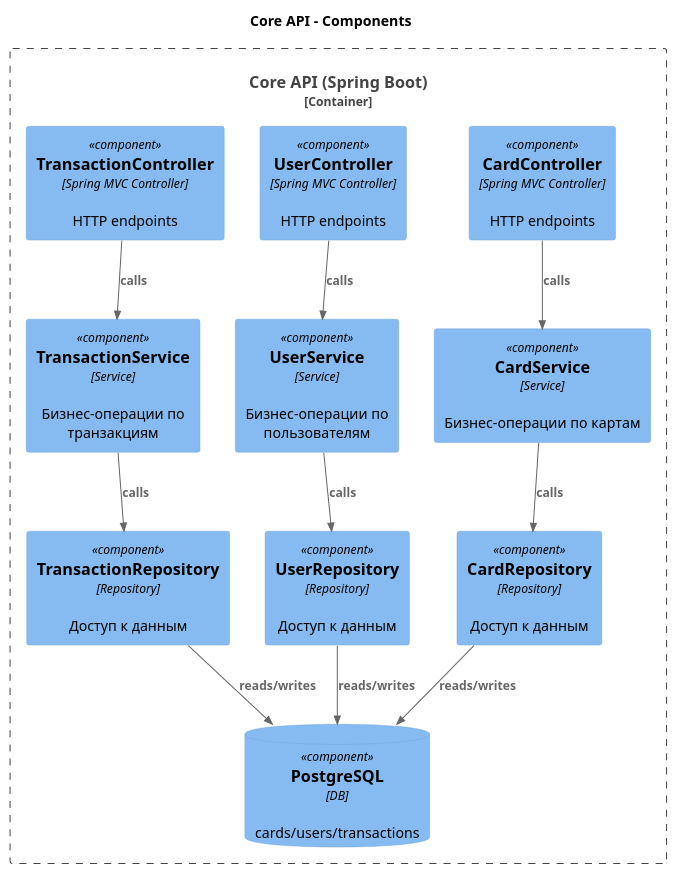
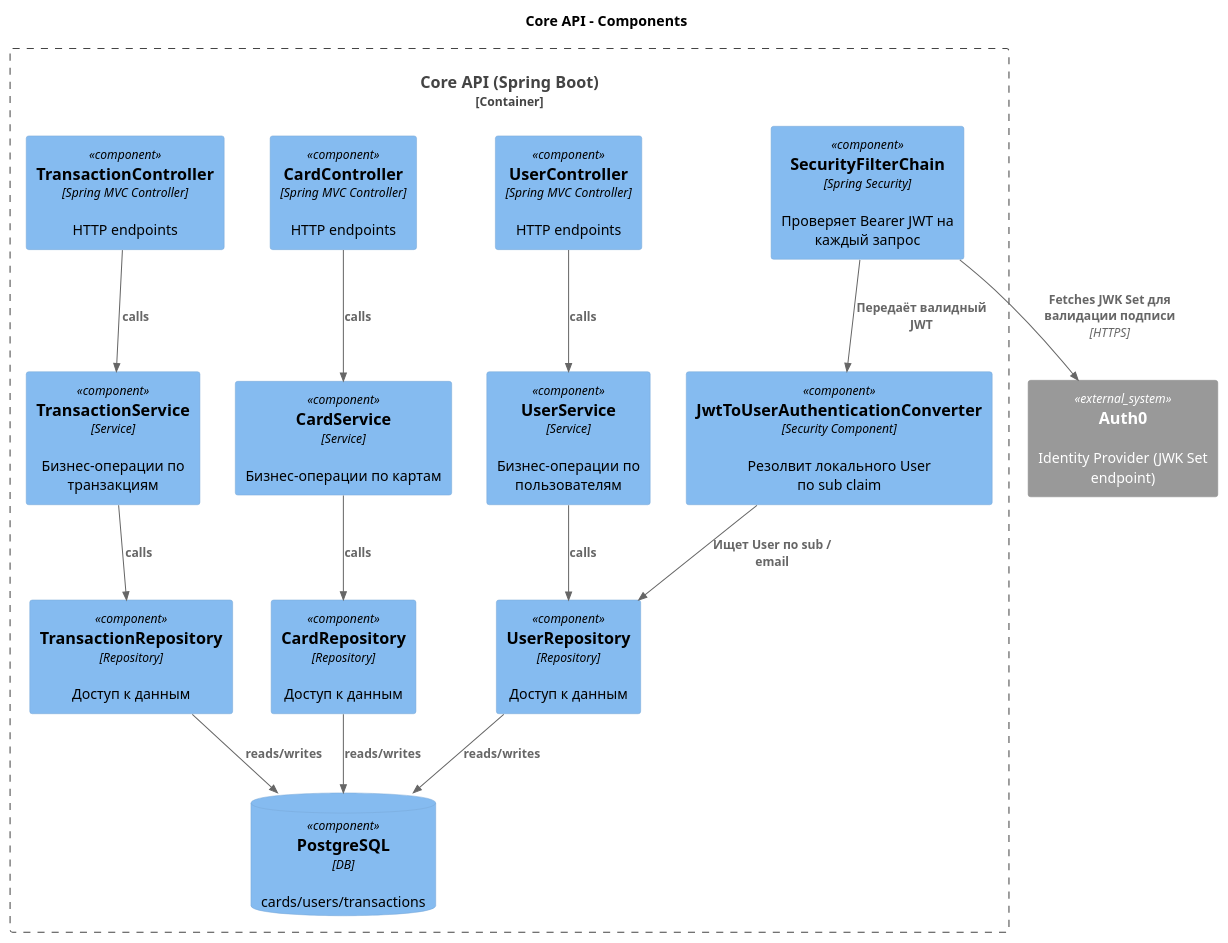
One commit to sardor-soib/Bank-card-service changed the diagram in docs/diagrams/c4/component/cards_component.puml. Above: the diagram before and after it, drawn with PlantUML. The commit also changed 9 other files, not shown here.

First line of the commit message:
Fix startup, Auth0 JWT config, and add missing Liquibase migration

```diff
--- a/docs/diagrams/c4/component/cards_component.puml
+++ b/docs/diagrams/c4/component/cards_component.puml
@@ -1,35 +1,44 @@
 @startuml
 !include https://raw.githubusercontent.com/plantuml-stdlib/C4-PlantUML/master/C4_Component.puml
 
 title Core API - Components
 
+System_Ext(auth0, "Auth0", "Identity Provider (JWK Set endpoint)")
+
 Container_Boundary(api, "Core API (Spring Boot)") {
+
+  Component(securityFilter, "SecurityFilterChain", "Spring Security", "Проверяет Bearer JWT на каждый запрос")
+  Component(jwtConverter, "JwtToUserAuthenticationConverter", "Security Component", "Резолвит локального User по sub claim")
 
   Component(cardController, "CardController", "Spring MVC Controller", "HTTP endpoints")
   Component(userController, "UserController", "Spring MVC Controller", "HTTP endpoints")
   Component(transactionController, "TransactionController", "Spring MVC Controller", "HTTP endpoints")
 
   Component(cardService, "CardService", "Service", "Бизнес-операции по картам")
   Component(userService, "UserService", "Service", "Бизнес-операции по пользователям")
   Component(transactionService, "TransactionService", "Service", "Бизнес-операции по транзакциям")
 
-  Component("cardRepository", "CardRepository", "Repository", "Доступ к данным")
+  Component(cardRepository, "CardRepository", "Repository", "Доступ к данным")
   Component(userRepository, "UserRepository", "Repository", "Доступ к данным")
   Component(transactionRepository, "TransactionRepository", "Repository", "Доступ к данным")
 
   ComponentDb(db, "PostgreSQL", "DB", "cards/users/transactions")
 }
 
-Rel("cardController", "cardService", "calls")
-Rel("cardService", "cardRepository", "calls")
-Rel("cardRepository", db, "reads/writes")
+Rel(securityFilter, auth0, "Fetches JWK Set для валидации подписи", "HTTPS")
+Rel(securityFilter, jwtConverter, "Передаёт валидный JWT")
+Rel(jwtConverter, userRepository, "Ищет User по sub / email")
 
-Rel("userController", "userService", "calls")
-Rel("userService", "userRepository", "calls")
-Rel("userRepository", db, "reads/writes")
+Rel(cardController, cardService, "calls")
+Rel(cardService, cardRepository, "calls")
+Rel(cardRepository, db, "reads/writes")
 
-Rel("transactionController", "transactionService", "calls")
-Rel("transactionService", "transactionRepository", "calls")
-Rel("transactionRepository", db, "reads/writes")
+Rel(userController, userService, "calls")
+Rel(userService, userRepository, "calls")
+Rel(userRepository, db, "reads/writes")
+
+Rel(transactionController, transactionService, "calls")
+Rel(transactionService, transactionRepository, "calls")
+Rel(transactionRepository, db, "reads/writes")
 
 @enduml
```
